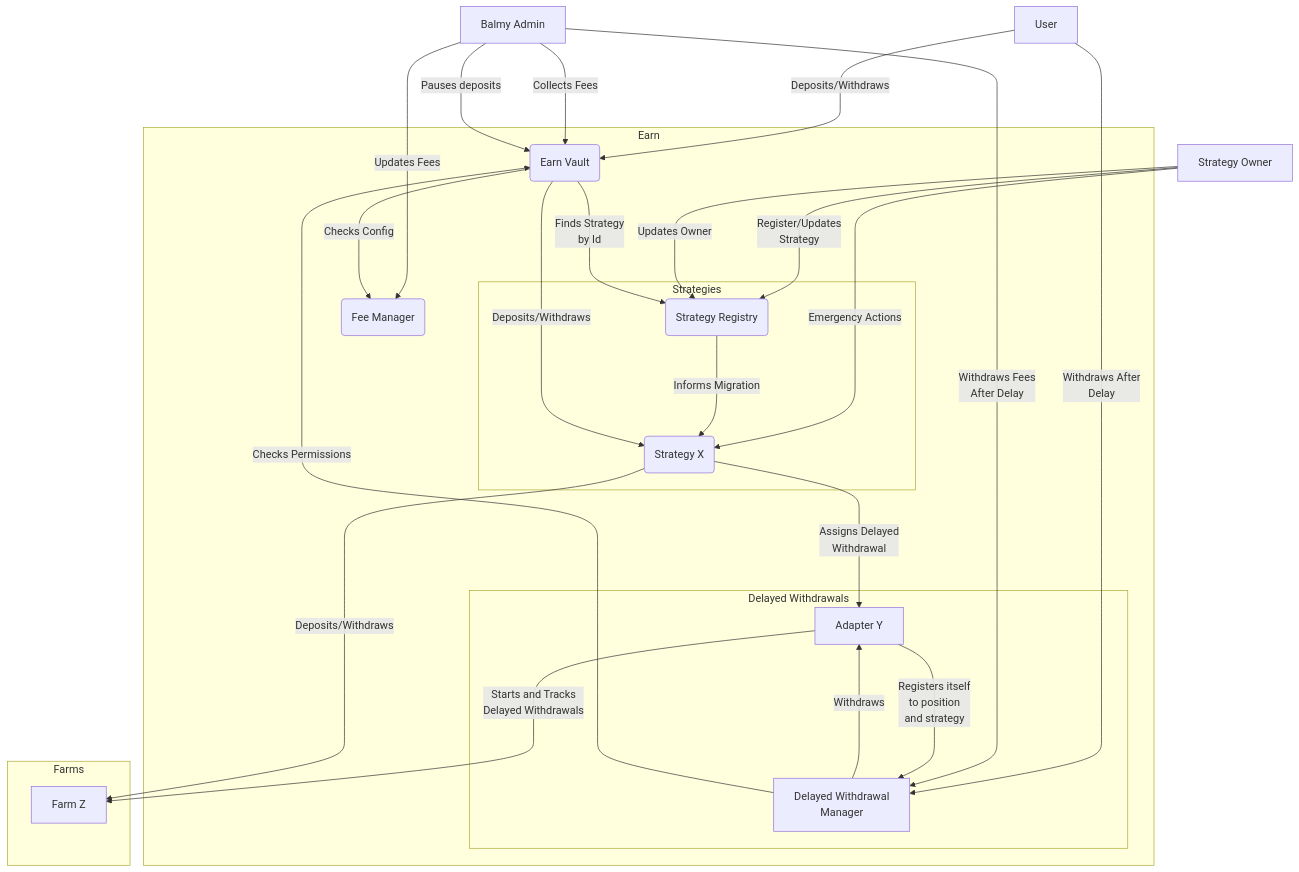
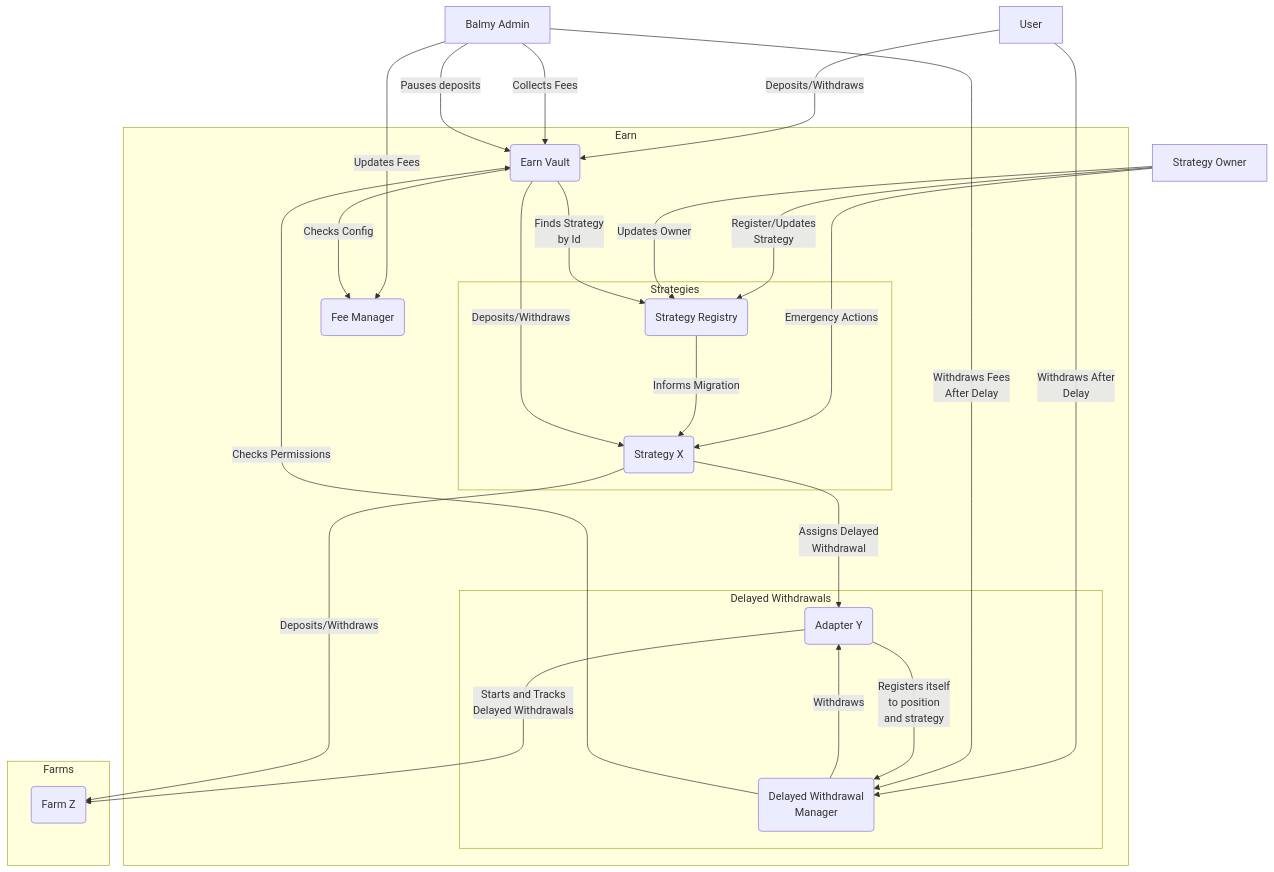
Before and after one commit to Balmy-protocol/earn-core: the diagram in README.md, drawn with Mermaid.

Commit message:
chore: fix flowchart format

````diff
--- a/README.md
+++ b/README.md
@@ -122,46 +122,46 @@
 ```mermaid
 flowchart
     user[User]
     admin[Balmy Admin]
     owner[Strategy Owner]
 
     subgraph earn[Earn]
       vault(Earn Vault)
       fee(Fee Manager)
 
       subgraph strategies[Strategies]
         strategy(Strategy X)
         registry(Strategy Registry)
       end
 
       subgraph delayed[Delayed Withdrawals]
-        manager[Delayed Withdrawal\n Manager]
-        adapter[Adapter Y]
+        manager(Delayed Withdrawal\n Manager)
+        adapter(Adapter Y)
       end
     end
 
     subgraph farms[Farms]
-      farm[Farm Z]
+      farm(Farm Z)
     end
 
     user --->|Deposits/Withdraws|vault
     user --->|Withdraws After\nDelay|manager
     admin --->|Withdraws Fees\nAfter Delay|manager
     admin --->|Collects Fees|vault
     admin --->|Pauses deposits|vault
     admin --->|Updates Fees|fee
     owner --->|Register/Updates\nStrategy|registry
     owner --->|Updates Owner|registry
     owner --->|Emergency Actions|strategy
     registry --->|Informs Migration|strategy
     vault --->|Finds Strategy\nby Id|registry
     vault --->|Checks Config|fee
     vault --->|Deposits/Withdraws|strategy
     strategy --->|Deposits/Withdraws|farm
     strategy --->|Assigns Delayed\nWithdrawal|adapter
     adapter --->|Starts and Tracks\n Delayed Withdrawals|farm
     adapter --->|Registers itself\nto position\nand strategy|manager
     manager --->|Withdraws|adapter
     manager --->|Checks Permissions|vault
 
 ```
````
